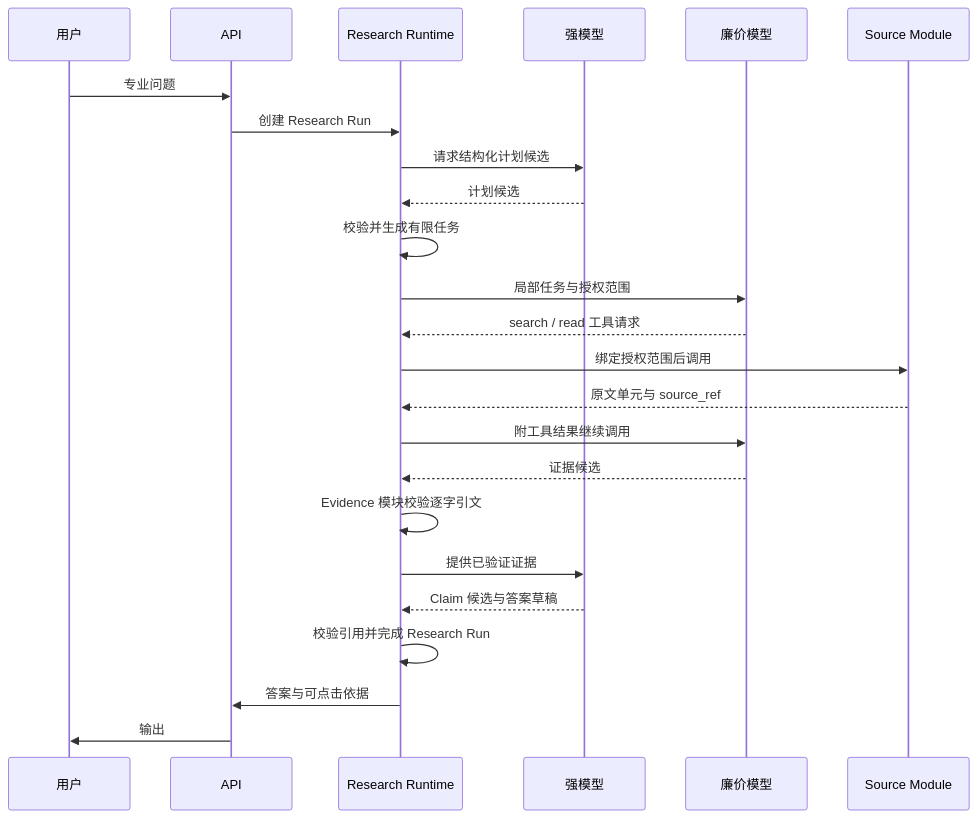
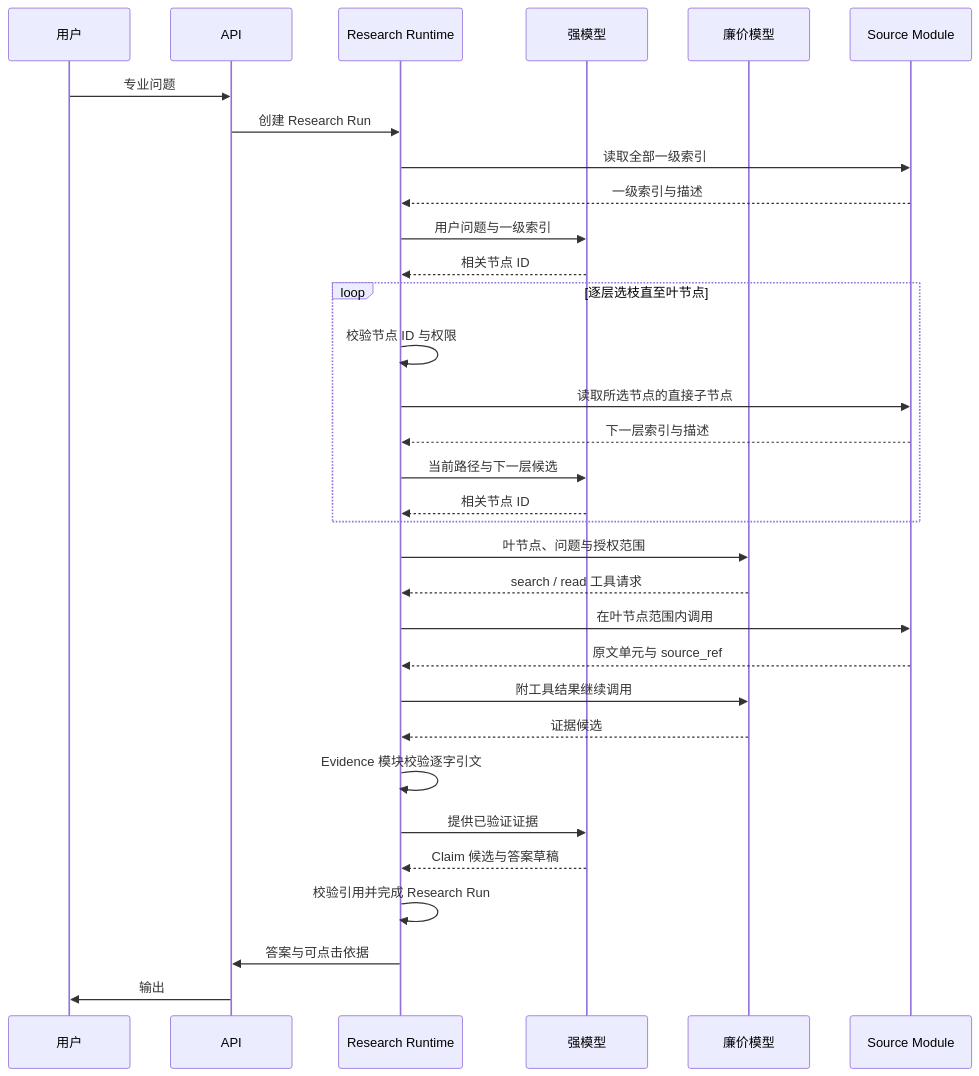
One commit to SuperCatQR/traceable-research-runtime changed the second of 2 diagrams in docs/architecture.md. Above: the diagram before and after it, drawn with Mermaid. The commit also changed other lines of this file, not shown here.

````diff
--- a/docs/architecture.md
+++ b/docs/architecture.md
@@ -172,27 +192,35 @@
 ```mermaid
 sequenceDiagram
     participant U as 用户
     participant A as API
     participant R as Research Runtime
     participant S as 强模型
     participant C as 廉价模型
     participant SI as Source Module
 
     U->>A: 专业问题
     A->>R: 创建 Research Run
-    R->>S: 请求结构化计划候选
-    S-->>R: 计划候选
-    R->>R: 校验并生成有限任务
-    R->>C: 局部任务与授权范围
+    R->>SI: 读取全部一级索引
+    SI-->>R: 一级索引与描述
+    R->>S: 用户问题与一级索引
+    S-->>R: 相关节点 ID
+    loop 逐层选枝直至叶节点
+        R->>R: 校验节点 ID 与权限
+        R->>SI: 读取所选节点的直接子节点
+        SI-->>R: 下一层索引与描述
+        R->>S: 当前路径与下一层候选
+        S-->>R: 相关节点 ID
+    end
+    R->>C: 叶节点、问题与授权范围
     C-->>R: search / read 工具请求
-    R->>SI: 绑定授权范围后调用
+    R->>SI: 在叶节点范围内调用
     SI-->>R: 原文单元与 source_ref
     R->>C: 附工具结果继续调用
     C-->>R: 证据候选
     R->>R: Evidence 模块校验逐字引文
     R->>S: 提供已验证证据
     S-->>R: Claim 候选与答案草稿
     R->>R: 校验引用并完成 Research Run
     R->>A: 答案与可点击依据
     A->>U: 输出
 ```
````
